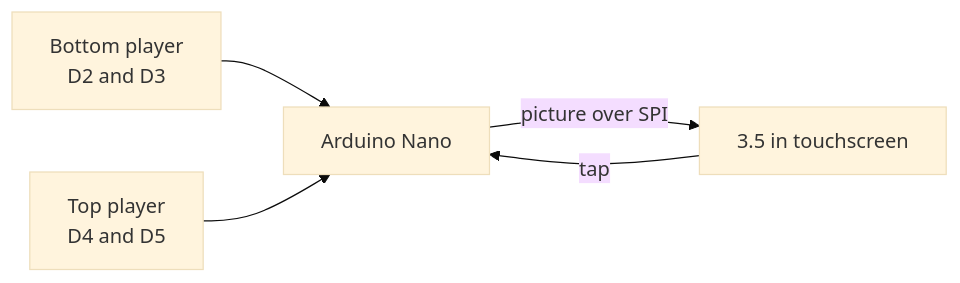
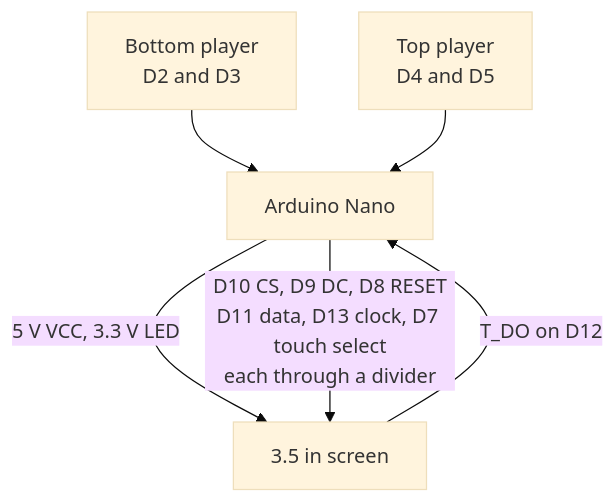
The first of 2 diagrams in README.md (hronkrobotics/pong-tft), drawn with Mermaid (base theme) before and after one commit. The commit also changed other lines of this file and 7 other files, not shown here.

````diff
--- a/README.md
+++ b/README.md
@@ -17,7 +17,8 @@
 ```mermaid
-flowchart LR
-    BOT["Bottom player<br/>D2 and D3"] --> MCU["Arduino Nano"]
-    TOP["Top player<br/>D4 and D5"] --> MCU
-    MCU -->|"picture over SPI"| TFT["3.5 in touchscreen"]
-    TFT -->|"tap"| MCU
+flowchart TD
+    BOT["Bottom player<br/>D2 and D3"] --> NANO["Arduino Nano"]
+    TOP["Top player<br/>D4 and D5"] --> NANO
+    NANO -->|"5 V VCC, 3.3 V LED"| TFT["3.5 in screen"]
+    NANO -->|"D10 CS, D9 DC, D8 RESET<br/>D11 data, D13 clock, D7 touch select<br/>each through a divider"| TFT
+    TFT -->|"T_DO on D12"| NANO
 ```
````
